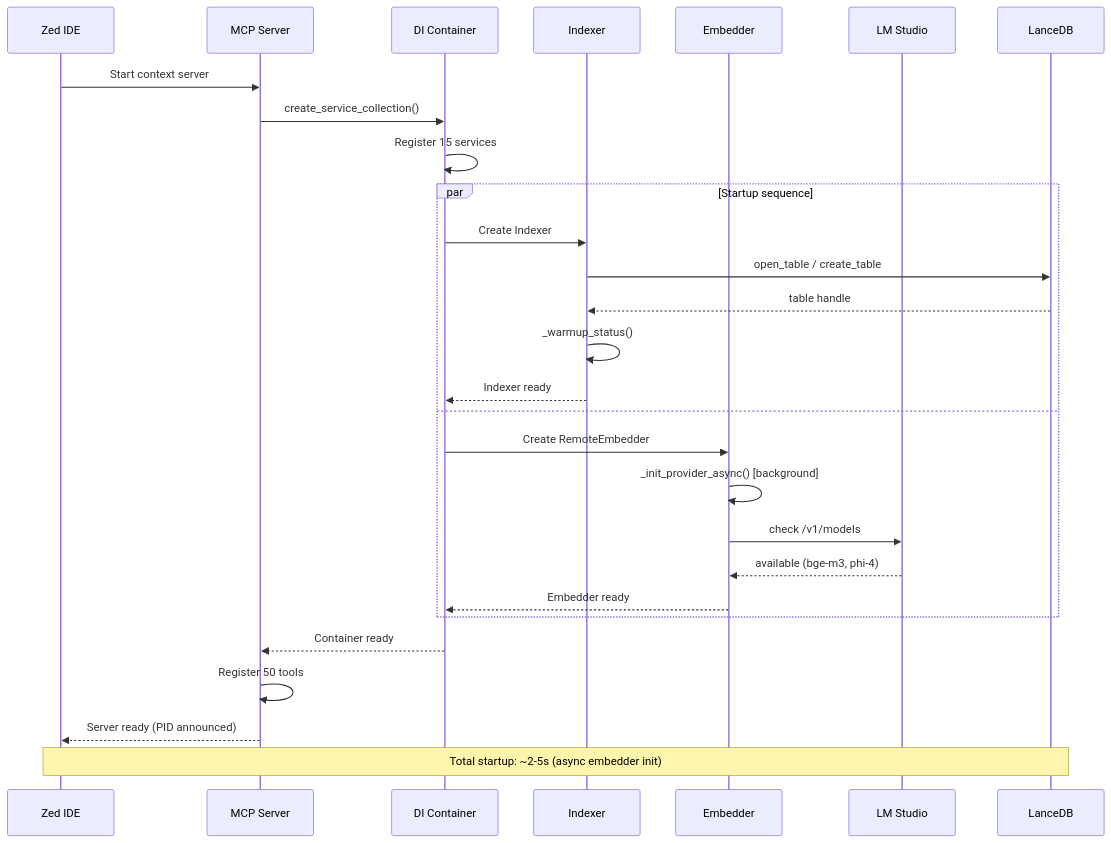
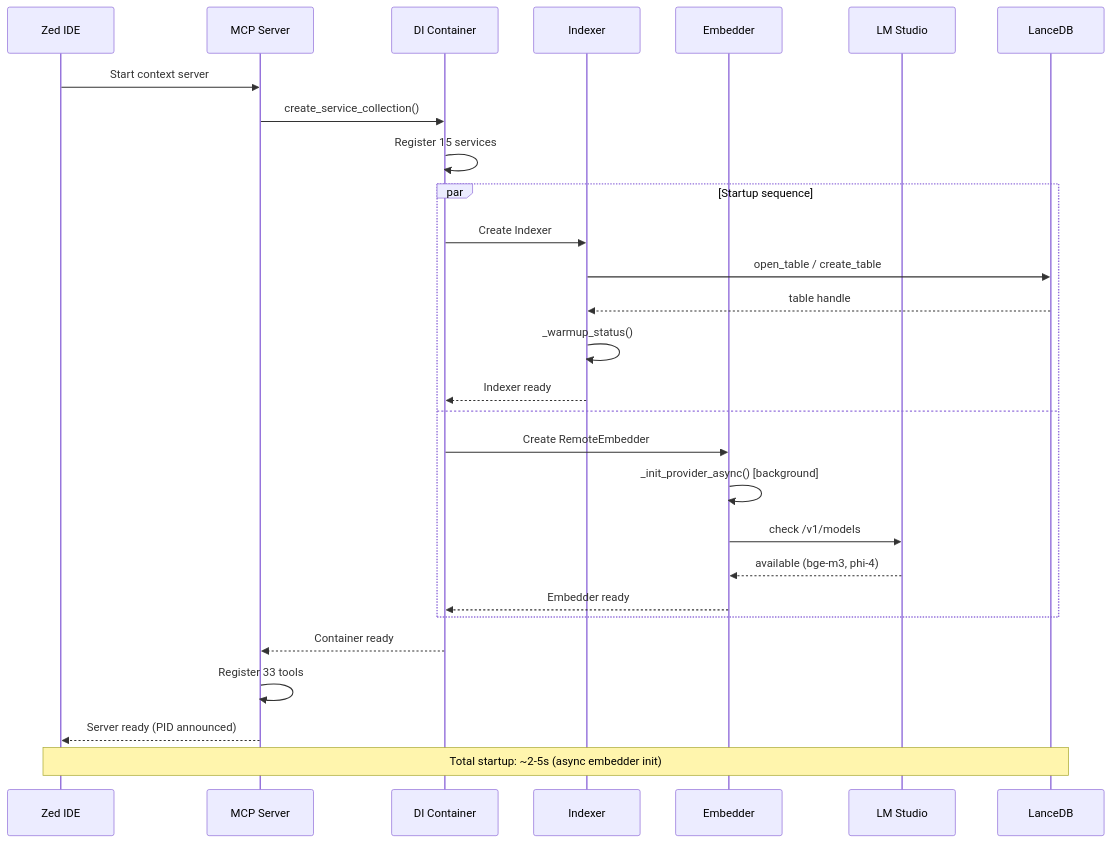
The fifth of 8 diagrams in docs/en/ARCHITECTURE_DEEP.md (ManSio/mscodebase-intelligence), drawn with Mermaid before and after one commit. The commit also changed other lines of this file and 19 other files, not shown here.

````diff
--- a/docs/en/ARCHITECTURE_DEEP.md
+++ b/docs/en/ARCHITECTURE_DEEP.md
@@ -181,34 +181,34 @@
 ```mermaid
 sequenceDiagram
     participant Zed as Zed IDE
     participant MCP as MCP Server
     participant DI as DI Container
     participant IX as Indexer
     participant EM as Embedder
     participant LM as LM Studio
     participant DB as LanceDB
 
     Zed->>MCP: Start context server
     MCP->>DI: create_service_collection()
     DI->>DI: Register 15 services
     
     par Startup sequence
         DI->>IX: Create Indexer
         IX->>DB: open_table / create_table
         DB-->>IX: table handle
         IX->>IX: _warmup_status()
         IX-->>DI: Indexer ready
     and
         DI->>EM: Create RemoteEmbedder
         EM->>EM: _init_provider_async() [background]
         EM->>LM: check /v1/models
         LM-->>EM: available (bge-m3, phi-4)
         EM-->>DI: Embedder ready
     end
     
     DI-->>MCP: Container ready
-    MCP->>MCP: Register 50 tools
+    MCP->>MCP: Register 33 tools
     MCP-->>Zed: Server ready (PID announced)
     
     Note over Zed,DB: Total startup: ~2-5s (async embedder init)
 ```
````
